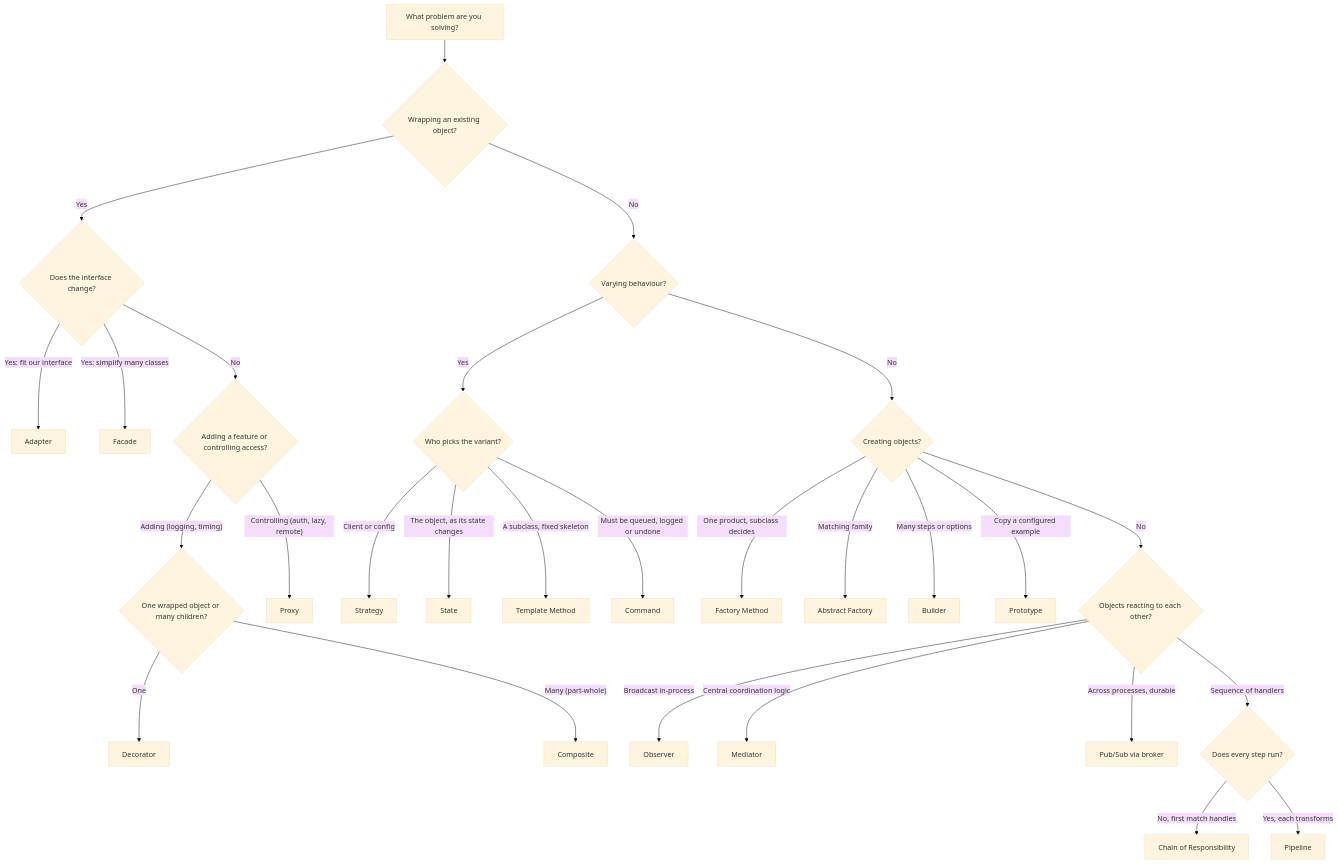
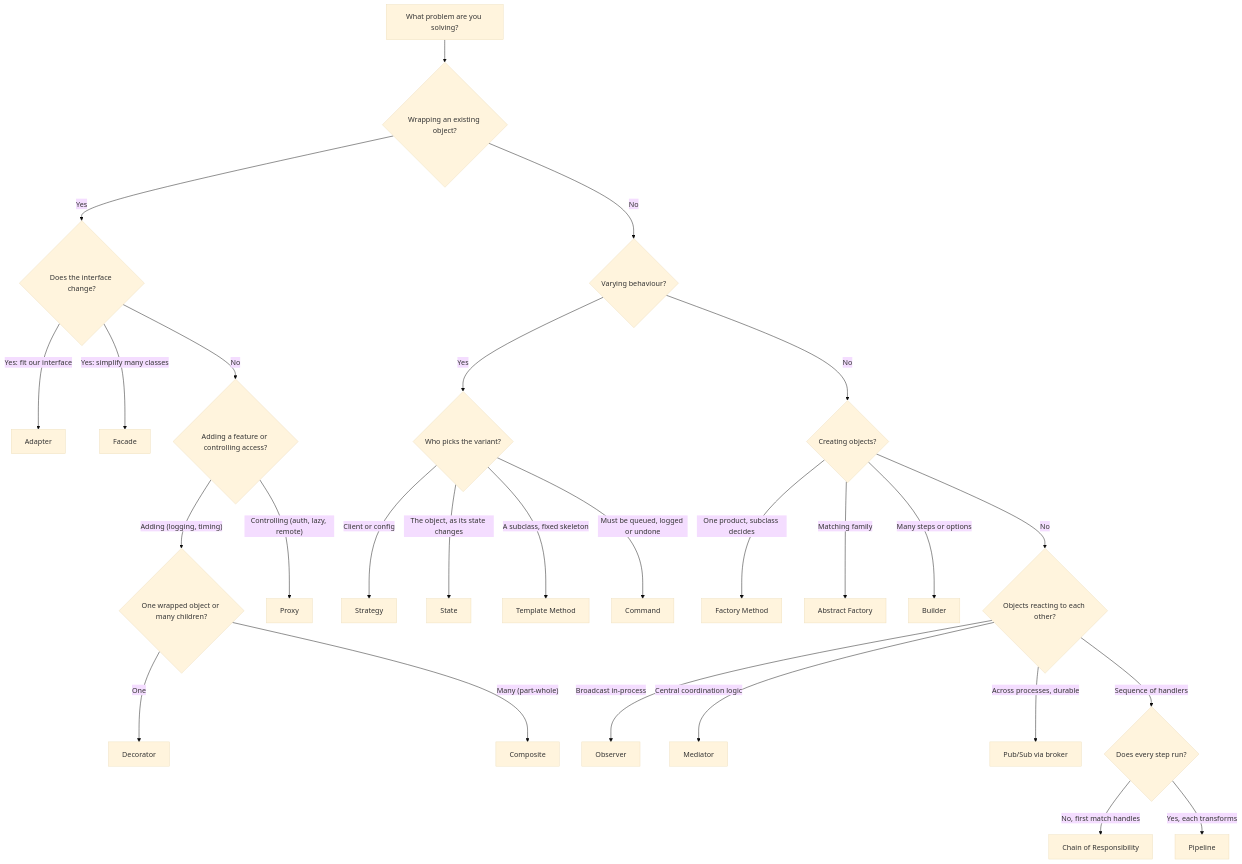
The first of 3 diagrams in content/lessons/m06/m06-pattern-comparison.md (rizwi0786/system-design-lab), drawn with Mermaid (base theme) before and after one commit. The commit also changed other lines of this file and 334 other files, not shown here.

````diff
--- a/content/lessons/m06/m06-pattern-comparison.md
+++ b/content/lessons/m06/m06-pattern-comparison.md
@@ -160,30 +160,29 @@
 ```mermaid
 flowchart TD
     Start["What problem are you solving?"] --> Q1{"Wrapping an existing object?"}
     Q1 -->|Yes| Q2{"Does the interface change?"}
     Q2 -->|"Yes: fit our interface"| Adapter["Adapter"]
     Q2 -->|"Yes: simplify many classes"| Facade["Facade"]
     Q2 -->|No| Q3{"Adding a feature or controlling access?"}
     Q3 -->|"Adding (logging, timing)"| Q3b{"One wrapped object or many children?"}
     Q3b -->|One| Decorator["Decorator"]
     Q3b -->|"Many (part-whole)"| Composite["Composite"]
     Q3 -->|"Controlling (auth, lazy, remote)"| Proxy["Proxy"]
     Q1 -->|No| Q4{"Varying behaviour?"}
     Q4 -->|Yes| Q5{"Who picks the variant?"}
     Q5 -->|"Client or config"| Strategy["Strategy"]
     Q5 -->|"The object, as its state changes"| State["State"]
     Q5 -->|"A subclass, fixed skeleton"| Template["Template Method"]
     Q5 -->|"Must be queued, logged or undone"| Command["Command"]
     Q4 -->|No| Q6{"Creating objects?"}
     Q6 -->|"One product, subclass decides"| FM["Factory Method"]
     Q6 -->|"Matching family"| AF["Abstract Factory"]
     Q6 -->|"Many steps or options"| Builder["Builder"]
-    Q6 -->|"Copy a configured example"| Prototype["Prototype"]
     Q6 -->|No| Q7{"Objects reacting to each other?"}
     Q7 -->|"Broadcast in-process"| Observer["Observer"]
     Q7 -->|"Central coordination logic"| Mediator["Mediator"]
     Q7 -->|"Across processes, durable"| PubSub["Pub/Sub via broker"]
     Q7 -->|"Sequence of handlers"| Q8{"Does every step run?"}
     Q8 -->|"No, first match handles"| CoR["Chain of Responsibility"]
     Q8 -->|"Yes, each transforms"| Pipeline["Pipeline"]
 ```
````
